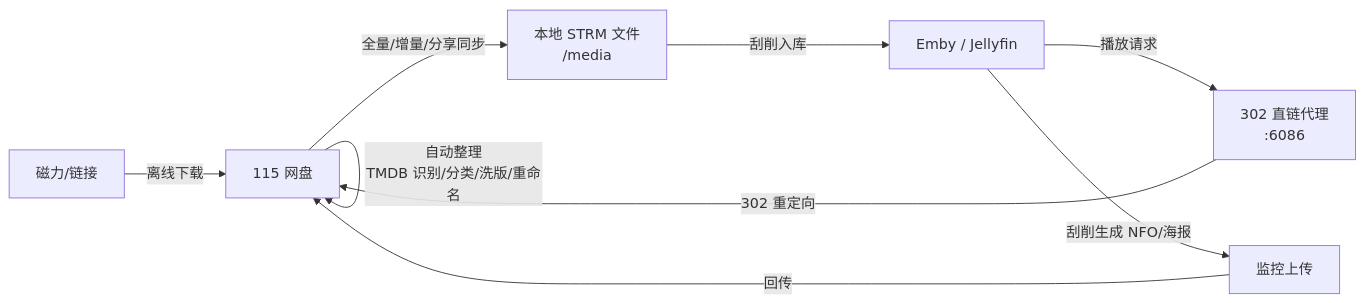
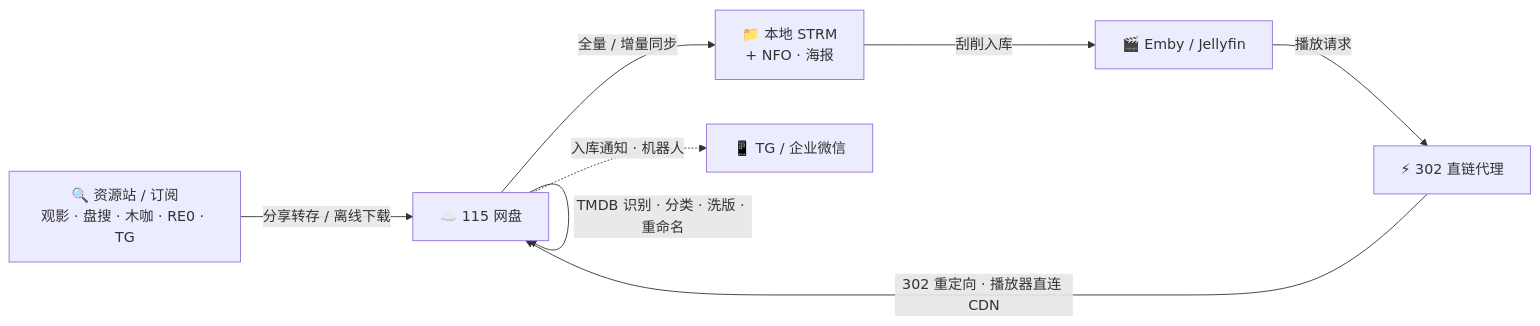
The diagram in README.md (pancras-loe/115-station), drawn with Mermaid before and after one commit. The commit also changed other lines of this file and 15 other files, not shown here.

````diff
--- a/README.md
+++ b/README.md
@@ -10,11 +33,10 @@
 ```mermaid
 flowchart LR
-    A[115 网盘] -- 全量/增量/分享同步 --> B[本地 STRM 文件<br>/media]
-    B -- 刮削入库 --> C[Emby / Jellyfin]
-    C -- 播放请求 --> D[302 直链代理<br>:6086]
-    D -- 302 重定向 --> A
-    C -- 刮削生成 NFO/海报 --> E[监控上传]
-    E -- 回传 --> A
-    F[磁力/链接] -- 离线下载 --> A
-    A -- 自动整理<br>TMDB 识别/分类/洗版/重命名 --> A
+    S[🔍 资源站 / 订阅<br>观影 · 盘搜 · 木咖 · RE0 · TG] -- 分享转存 / 离线下载 --> A
+    A[☁️ 115 网盘] -- TMDB 识别 · 分类 · 洗版 · 重命名 --> A
+    A -- 全量 / 增量同步 --> B[📁 本地 STRM<br>+ NFO · 海报]
+    B -- 刮削入库 --> C[🎬 Emby / Jellyfin]
+    C -- 播放请求 --> D[⚡ 302 直链代理]
+    D -- 302 重定向 · 播放器直连 CDN --> A
+    A -. 入库通知 · 机器人 .-> U[📱 TG / 企业微信]
 ```
````
